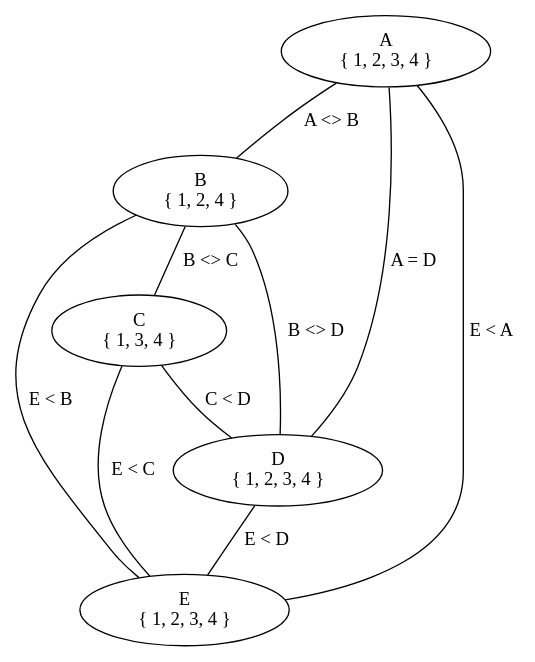
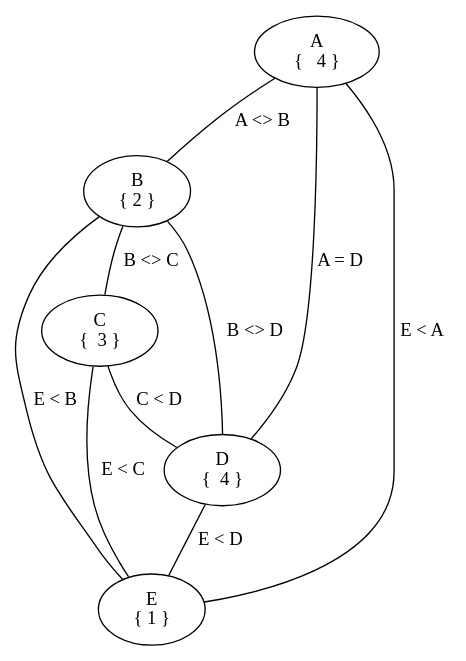
The diagram in IA/CSP/clase/csp.dot (vaucheret/vaucheret.github.io), drawn with Graphviz before and after one commit. The commit also changed 18 other files, not shown here.

```diff
--- a/IA/CSP/clase/csp.dot
+++ b/IA/CSP/clase/csp.dot
@@ -1,18 +1,18 @@
 digraph
 {
         A,B,C,D,E;
-        A[label="A \n { 1, 2, 3, 4 }"];
-        B[label="B \n { 1, 2, 4 }"];
-        C[label="C \n { 1, 3, 4 }"];
-        D[label="D \n { 1, 2, 3, 4 }"];
-        E[label="E \n { 1, 2, 3, 4 }"];
+        A[label="A \n {   4 }"];
+        B[label="B \n { 2 }"];
+        C[label="C \n {  3 }"];
+        D[label="D \n {  4 }"];
+        E[label="E \n { 1 }"];
         A -> B[label= "A <> B",dir=none];
         A -> E[label= "E < A",dir=none];
         A -> D[label= "A = D",dir=none];
         B -> C[label= "B <> C",dir=none];
         B -> D[label= "B <> D",dir=none];
         B -> E[label= "E < B",dir=none];
         C -> D[label= "C < D",dir=none];
         C -> E[label= "E < C",dir=none];
         D -> E[label= "E < D",dir=none];
 }
```
